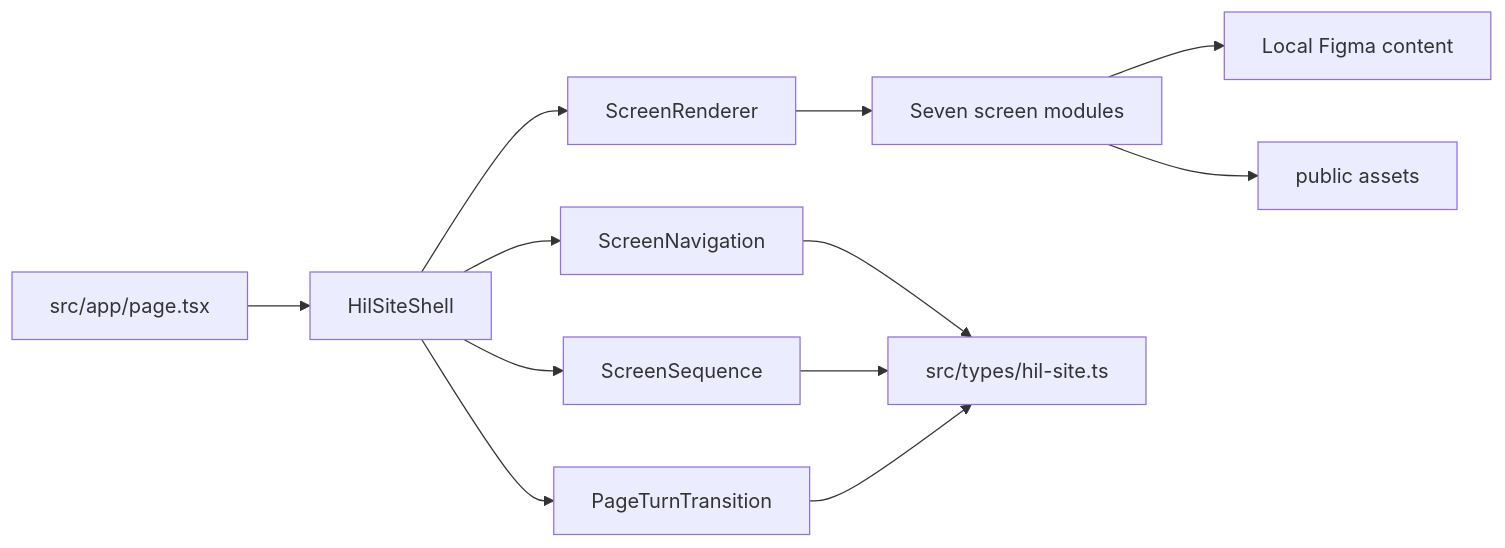
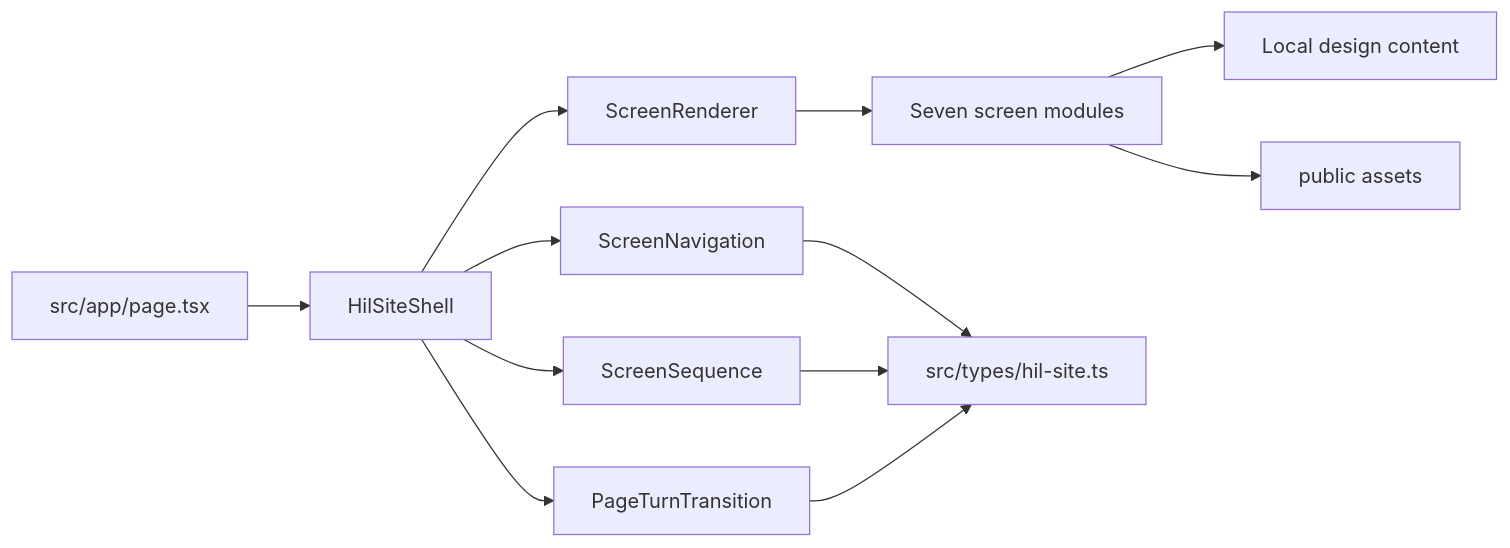
Before and after one commit to hellogithubsir/labWebSite: the first of 2 diagrams in docs/architecture/figma-single-url.md, drawn with Mermaid. The commit also changed other lines of this file and 5 other files, not shown here.

````diff
--- a/docs/architecture/figma-single-url.md
+++ b/docs/architecture/figma-single-url.md
@@ -125,14 +125,14 @@
 ```mermaid
 flowchart LR
   Page[src/app/page.tsx] --> Shell[HilSiteShell]
   Shell --> Navigation[ScreenNavigation]
   Shell --> Sequence[ScreenSequence]
   Shell --> Renderer[ScreenRenderer]
   Shell --> Transition[PageTurnTransition]
   Renderer --> Screens[Seven screen modules]
-  Screens --> Content[Local Figma content]
+  Screens --> Content[Local design content]
   Screens --> Assets[public assets]
   Navigation --> Types[src/types/hil-site.ts]
   Sequence --> Types
   Transition --> Types
 ```
````
